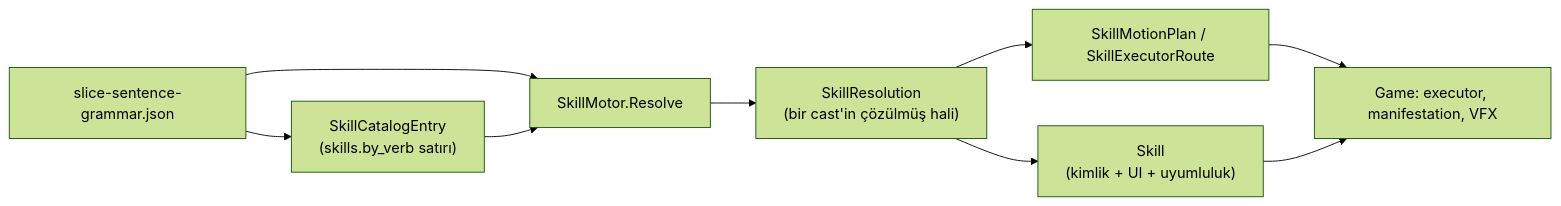
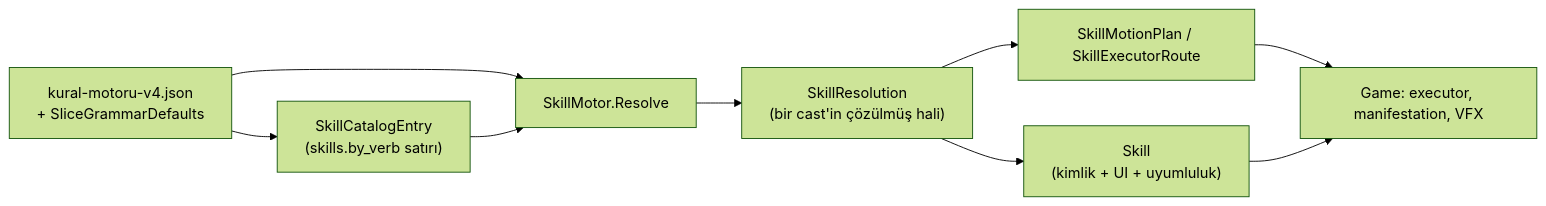
One commit to lacoleredudiable-art/game changed the diagram in docs/ARCHITECTURE.md. Above: the diagram before and after it, drawn with Mermaid (forest theme). The commit also changed other lines of this file and 75 other files, not shown here.

First line of the commit message:
feat: dilim grameri bellekten; slice-sentence-grammar ve ElementSystem kalıntıları silindi

````diff
--- a/docs/ARCHITECTURE.md
+++ b/docs/ARCHITECTURE.md
@@ -194,19 +194,19 @@
 ```mermaid
 flowchart LR
-  JSON["slice-sentence-grammar.json"]
+  JSON["kural-motoru-v4.json\n+ SliceGrammarDefaults"]
   Catalog["SkillCatalogEntry\n(skills.by_verb satırı)"]
   Motor["SkillMotor.Resolve"]
   Resolution["SkillResolution\n(bir cast'in çözülmüş hali)"]
   Skill["Skill\n(kimlik + UI + uyumluluk)"]
   Plan["SkillMotionPlan / SkillExecutorRoute"]
   World["Game: executor, manifestation, VFX"]
 
   JSON --> Catalog
   JSON --> Motor
   Catalog --> Motor
   Motor --> Resolution
   Resolution --> Skill
   Resolution --> Plan
   Plan --> World
   Skill --> World
 ```
````
